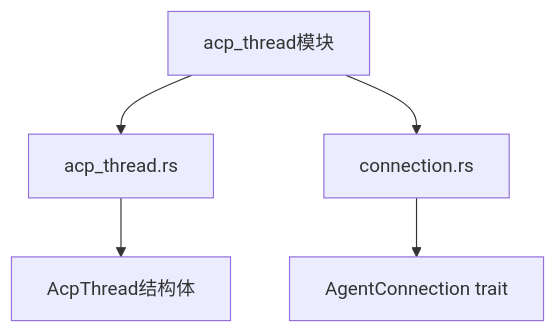
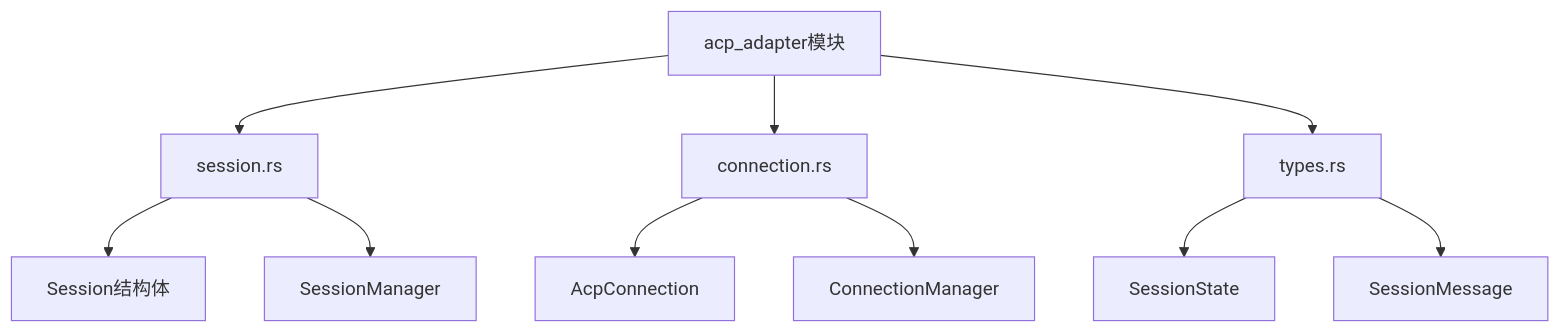
Before and after one commit to nuwax-ai/rcoder: the first of 5 diagrams in .qoder/repowiki/zh/content/ACP协议实现/会话管理.md, drawn with Mermaid. The commit also changed other lines of this file and 85 other files, not shown here.

````diff
--- a/.qoder/repowiki/zh/content/ACP协议实现/会话管理.md
+++ b/.qoder/repowiki/zh/content/ACP协议实现/会话管理.md
@@ -28,7 +39,12 @@
 ```mermaid
 graph TD
-A[acp_thread模块] --> B[acp_thread.rs]
+A[acp_adapter模块] --> B[session.rs]
 A --> C[connection.rs]
-B --> D[AcpThread结构体]
-C --> E[AgentConnection trait]
+A --> D[types.rs]
+B --> E[Session结构体]
+B --> F[SessionManager]
+C --> G[AcpConnection]
+C --> H[ConnectionManager]
+D --> I[SessionState]
+D --> J[SessionMessage]
 ```
````
